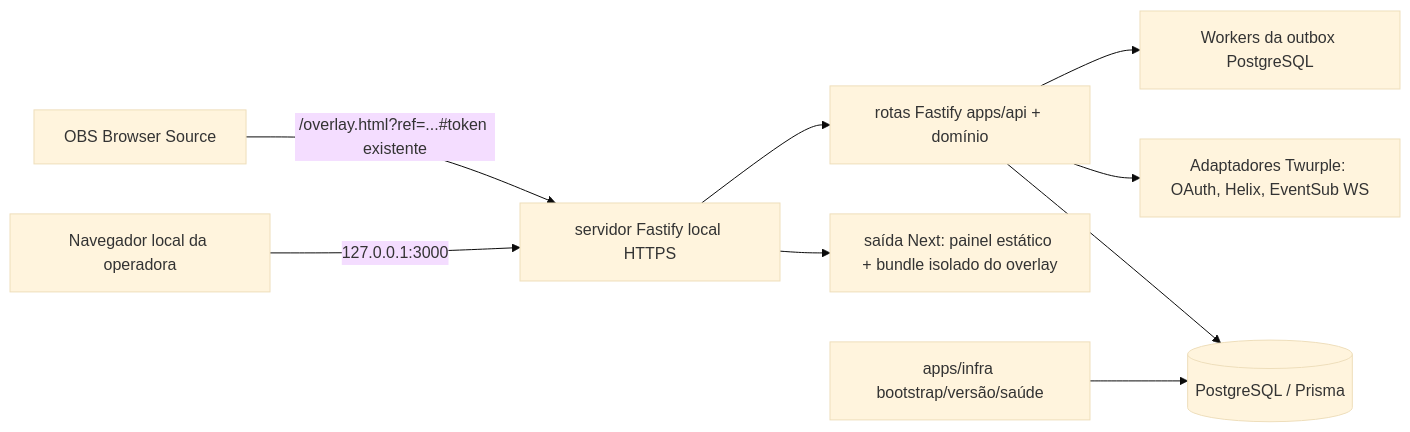
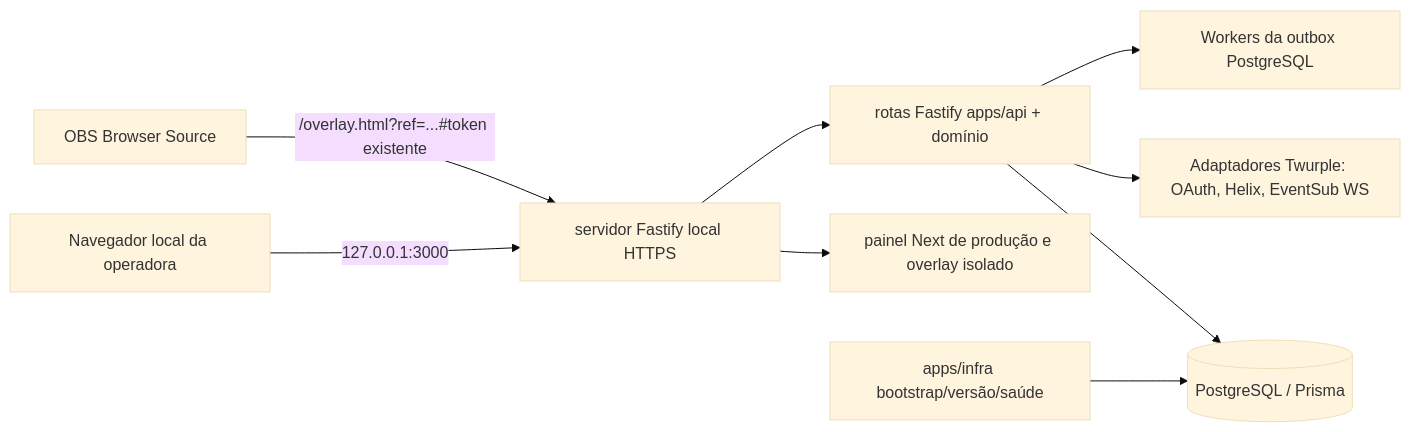
The diagram in docs/pt-BR/fullstack-architecture/runtime-topology.md (gustavo8000br/subarushogun_gi_twich_bot), drawn with Mermaid (base theme) before and after one commit. The commit also changed other lines of this file and 109 other files, not shown here.

````diff
--- a/docs/pt-BR/fullstack-architecture/runtime-topology.md
+++ b/docs/pt-BR/fullstack-architecture/runtime-topology.md
@@ -5,11 +5,11 @@
 ```mermaid
 flowchart LR
   Browser[Navegador local da operadora] -->|127.0.0.1:3000| Fastify[servidor Fastify local HTTPS]
   OBS[OBS Browser Source] -->|/overlay.html?ref=...#token existente| Fastify
-  Fastify --> Web[saída Next: painel estático + bundle isolado do overlay]
+  Fastify --> Web[painel Next de produção e overlay isolado]
   Fastify --> API[rotas Fastify apps/api + domínio]
   API --> DB[(PostgreSQL / Prisma)]
   API --> Twitch[Adaptadores Twurple: OAuth, Helix, EventSub WS]
   API --> Outbox[Workers da outbox PostgreSQL]
   Infra[apps/infra bootstrap/versão/saúde] --> DB
 ```
````
